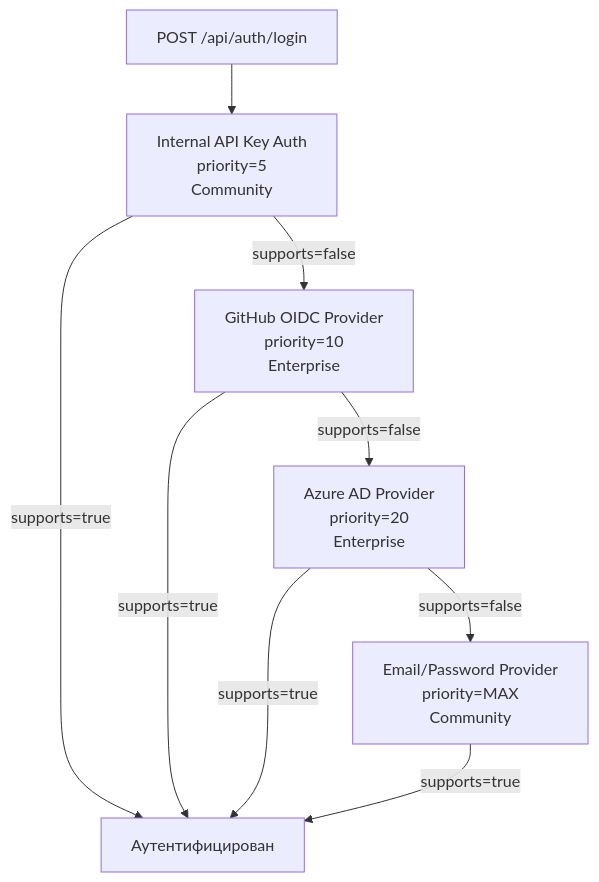
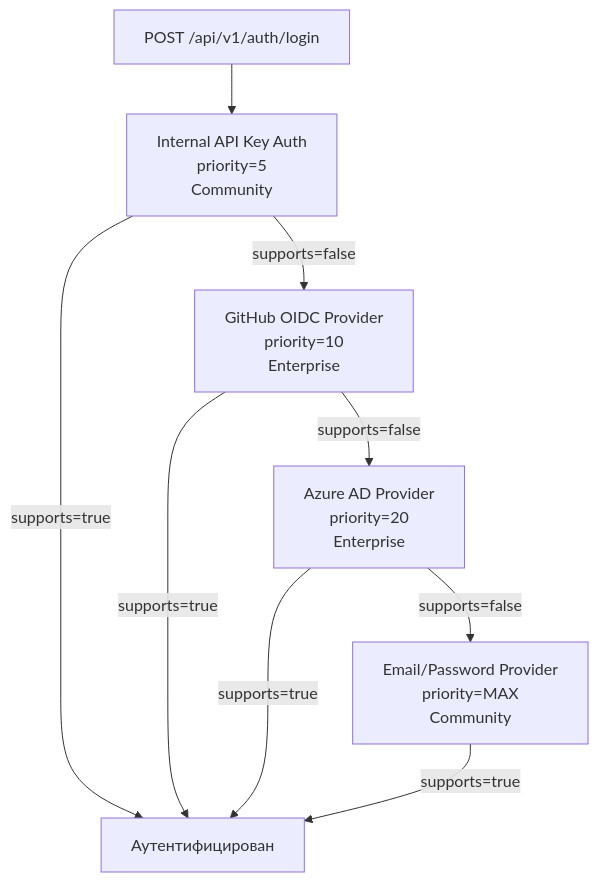
The third of 3 diagrams in docs/advanced/open-core.md (edgar-dev20/mozhno), drawn with Mermaid before and after one commit. The commit also changed 62 other files, not shown here.

````diff
--- a/docs/advanced/open-core.md
+++ b/docs/advanced/open-core.md
@@ -167,18 +167,18 @@
 ```mermaid
 flowchart TD
-    LOGIN[POST /api/auth/login]
+    LOGIN[POST /api/v1/auth/login]
 
     GITHUB[GitHub OIDC Provider<br/>priority=10<br/>Enterprise]
     AZURE[Azure AD Provider<br/>priority=20<br/>Enterprise]
     DEFAULT[Email/Password Provider<br/>priority=MAX<br/>Community]
     INTERNAL[Internal API Key Auth<br/>priority=5<br/>Community]
 
     LOGIN --> INTERNAL
     INTERNAL -->|supports=false| GITHUB
     GITHUB -->|supports=false| AZURE
     AZURE -->|supports=false| DEFAULT
     INTERNAL -->|supports=true| RESULT[Аутентифицирован]
     GITHUB -->|supports=true| RESULT
     AZURE -->|supports=true| RESULT
     DEFAULT -->|supports=true| RESULT
 ```
````
